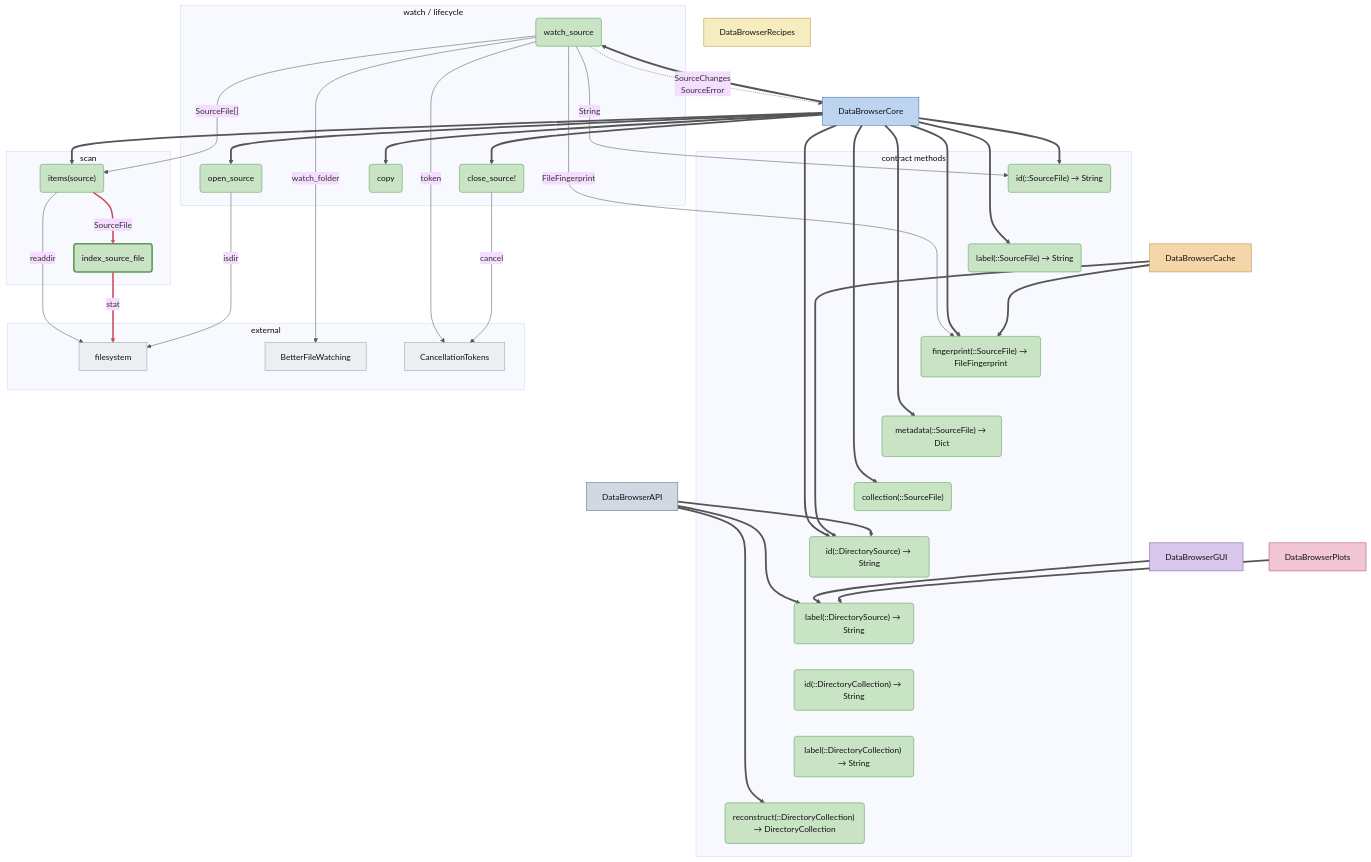
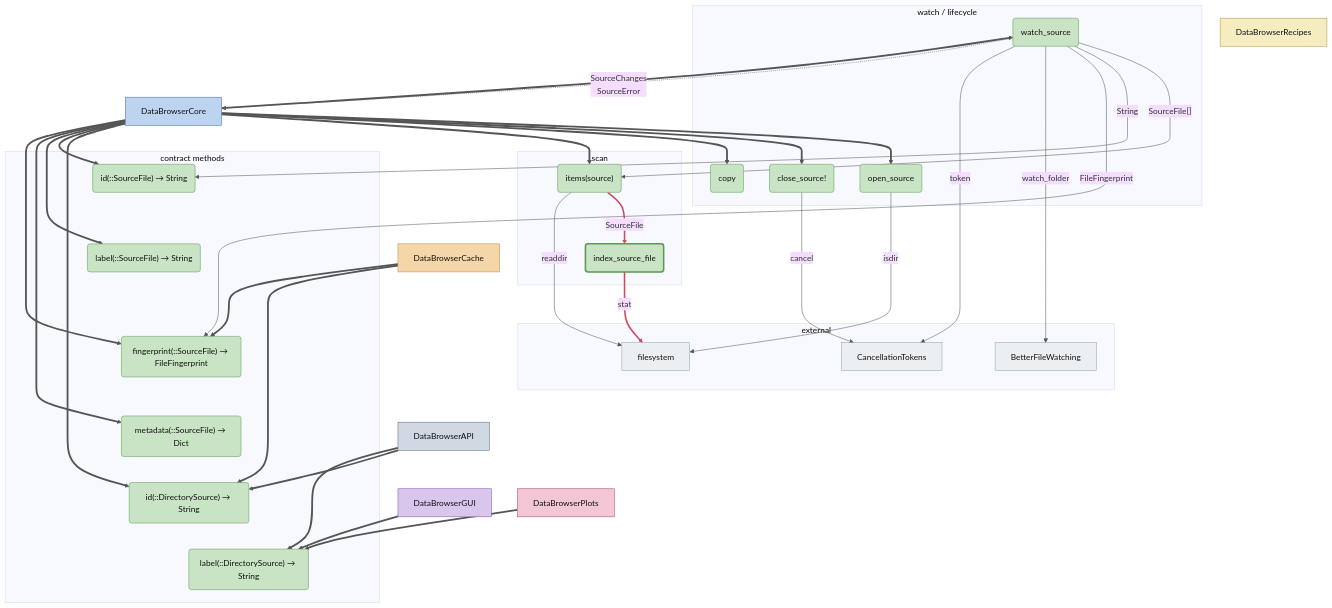
Before and after one commit to digiefel/DataBrowser: the fifth of 5 diagrams in docs/ARCHITECTURE.md, drawn with Mermaid. The commit also changed other lines of this file and 62 other files, not shown here.

```diff
--- a/docs/ARCHITECTURE.md
+++ b/docs/ARCHITECTURE.md
@@ -340,12 +314,8 @@
         lblsf("label(::SourceFile) → String")
         fpsf("fingerprint(::SourceFile) → FileFingerprint")
         metasf("metadata(::SourceFile) → Dict")
-        csi("collection(::SourceFile)")
         sid("id(::DirectorySource) → String")
         slbl("label(::DirectorySource) → String")
-        iddc("id(::DirectoryCollection) → String")
-        lbldc("label(::DirectoryCollection) → String")
-        recon("reconstruct(::DirectoryCollection) → DirectoryCollection")
     end
 
     extCore["DataBrowserCore"]
@@ -377,7 +347,6 @@
     extCore ==> si
     extCore ==> wsrc
     extCore ==> csrc
-    extCore ==> csi
     extCore ==> sid
     extCore ==> idsf
     extCore ==> lblsf
@@ -388,13 +357,12 @@
     extCache ==> fpsf
     extAPI ==> sid
     extAPI ==> slbl
-    extAPI ==> recon
     extGUI ==> slbl
     extPlots ==> slbl
 
     wsrc -.->|"SourceChanges<br/>SourceError"| extCore
 
-    idsf ~~~ lblsf ~~~ fpsf ~~~ metasf ~~~ csi ~~~ sid ~~~ slbl ~~~ iddc ~~~ lbldc ~~~ recon
+    idsf ~~~ lblsf ~~~ fpsf ~~~ metasf ~~~ sid ~~~ slbl
 
     classDef srcExp fill:#c9e4c5,stroke:#5a9a52,stroke-width:3px,color:#111;
     classDef srcInt fill:#c9e4c5,stroke:#5a9a52,stroke-width:1px,color:#111;
@@ -407,7 +375,7 @@
     classDef plotsC fill:#f2c6d4,stroke:#b0466a,color:#111;
 
     class isf srcExp;
-    class si,csi,osrc,wsrc,csrc,cpyds,idsf,lblsf,fpsf,metasf,sid,slbl,iddc,lbldc,recon srcInt;
+    class si,osrc,wsrc,csrc,cpyds,idsf,lblsf,fpsf,metasf,sid,slbl srcInt;
     class extCore coreC;
     class extAPI apiC;
     class extCache cacheC;
```
